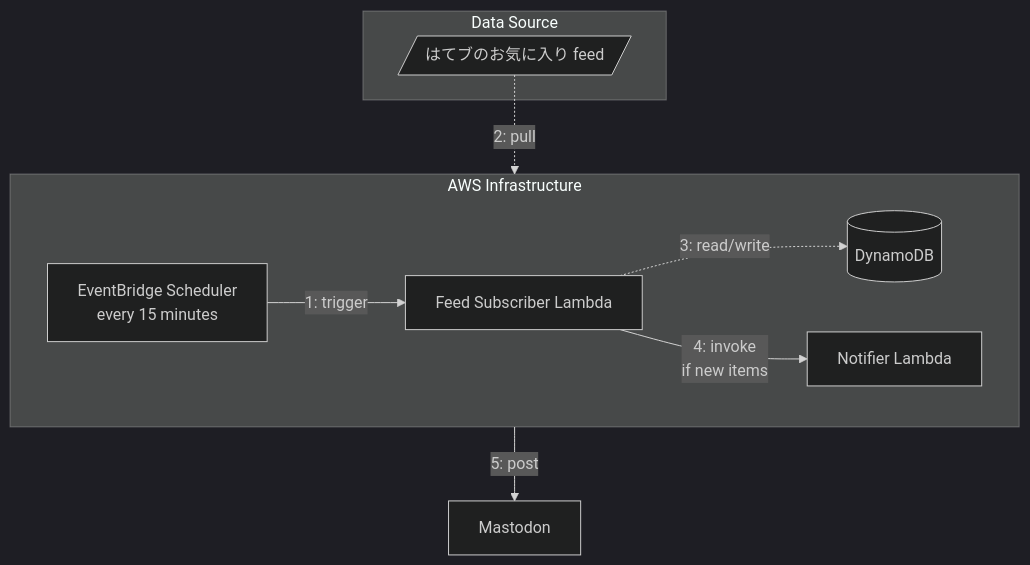
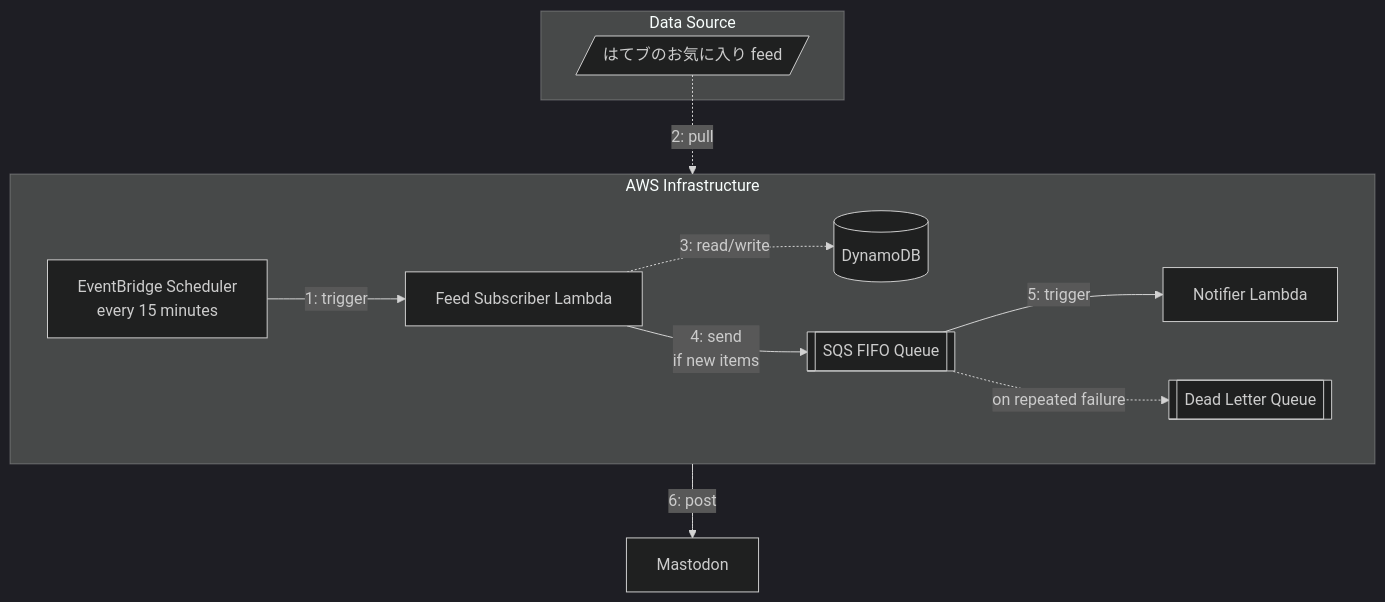
The second of 2 diagrams in README.md (masutaka/masutaka-feed), drawn with Mermaid (dark theme) before and after one commit. The commit also changed other lines of this file and 10 other files, not shown here.

First line of the commit message:
feat: Lambda 間の同期呼び出しをやめるため SQS FIFO キューで Subscriber と Notifier をつなぐ

````diff
--- a/README.md
+++ b/README.md
@@ -40,18 +42,20 @@
 ```mermaid
 graph TD
     subgraph "Data Source"
         A[/はてブのお気に入り feed/]
     end
 
     subgraph "AWS Infrastructure"
         direction LR
         G[EventBridge Scheduler<br/>every 15 minutes] -->|1: trigger| H[Feed Subscriber Lambda]
         H -.->|3: read/write| I[(DynamoDB)]
-        H -->|4: invoke<br/>if new items| D[Notifier Lambda]
+        H -->|4: send<br/>if new items| Q[[SQS FIFO Queue]]
+        Q -->|5: trigger| D[Notifier Lambda]
+        Q -.->|on repeated failure| X[[Dead Letter Queue]]
     end
 
     E[Mastodon]
 
     A -.->|2: pull| H
-    D -->|5: post| E
+    D -->|6: post| E
 ```
````
